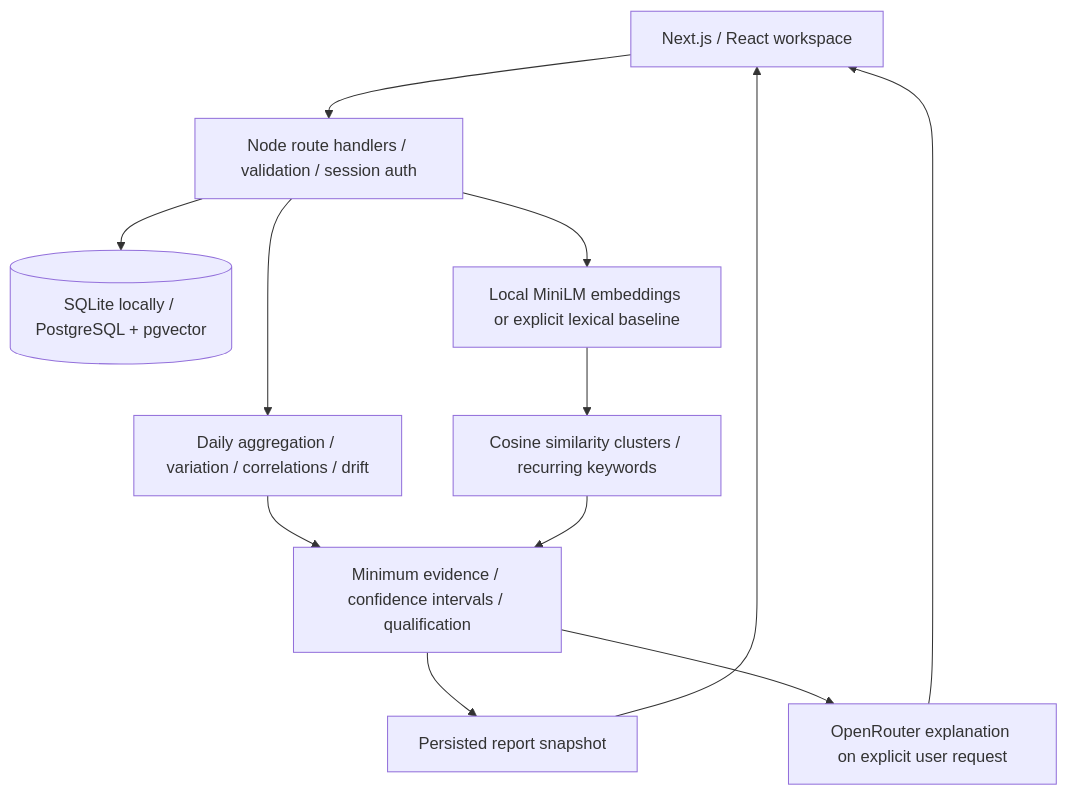
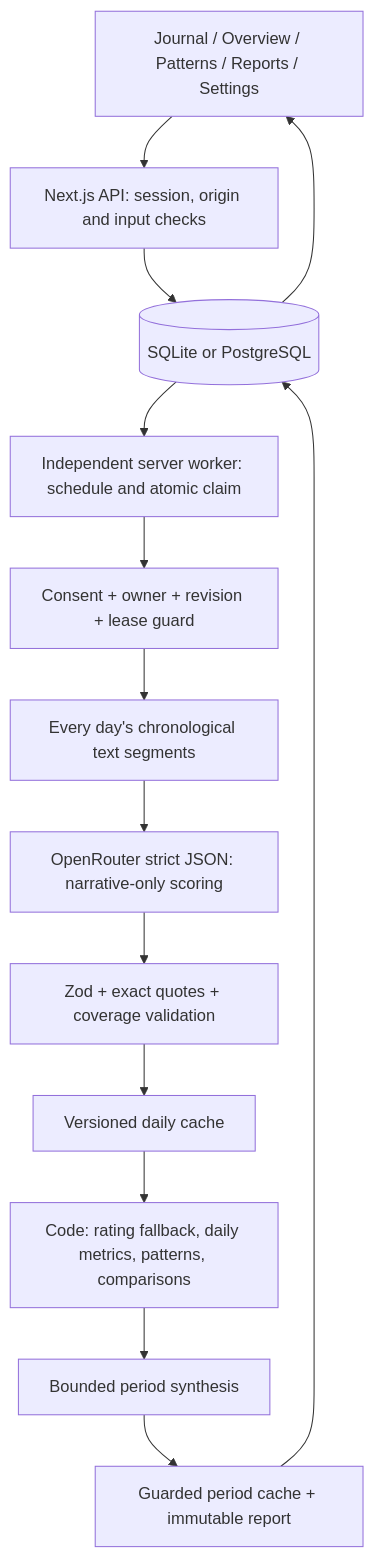
One commit to VidushiV2005/Mental-Health-Wellness changed the diagram in docs/ARCHITECTURE.md. Above: the diagram before and after it, drawn with Mermaid. The commit also changed other lines of this file and 35 other files, not shown here.

Commit message:
Add durable journal analysis with OpenRouter priority and Gemini fallback

````diff
--- a/docs/ARCHITECTURE.md
+++ b/docs/ARCHITECTURE.md
@@ -15,14 +7,16 @@
 ```mermaid
 flowchart TD
-    UI[Next.js / React workspace] --> API[Node route handlers / validation / session auth]
-    API --> DB[(SQLite locally / PostgreSQL + pgvector)]
-    API --> STATS[Daily aggregation / variation / correlations / drift]
-    API --> EMB[Local MiniLM embeddings or explicit lexical baseline]
-    EMB --> CLUSTER[Cosine similarity clusters / recurring keywords]
-    STATS --> QUAL[Minimum evidence / confidence intervals / qualification]
-    CLUSTER --> QUAL
-    QUAL --> REPORT[Persisted report snapshot]
-    REPORT --> UI
-    QUAL --> AI[OpenRouter explanation on explicit user request]
-    AI --> UI
+    UI[Journal / Overview / Patterns / Reports / Settings] --> API[Next.js API: session, origin and input checks]
+    API --> DB[(SQLite or PostgreSQL)]
+    DB --> W[Independent server worker: schedule and atomic claim]
+    W --> G[Consent + owner + revision + lease guard]
+    G --> D[Every day's chronological text segments]
+    D --> OR[OpenRouter strict JSON: narrative-only scoring]
+    OR --> V[Zod + exact quotes + coverage validation]
+    V --> C[Versioned daily cache]
+    C --> ST[Code: rating fallback, daily metrics, patterns, comparisons]
+    ST --> P[Bounded period synthesis]
+    P --> S[Guarded period cache + immutable report]
+    S --> DB
+    DB --> UI
 ```
````
